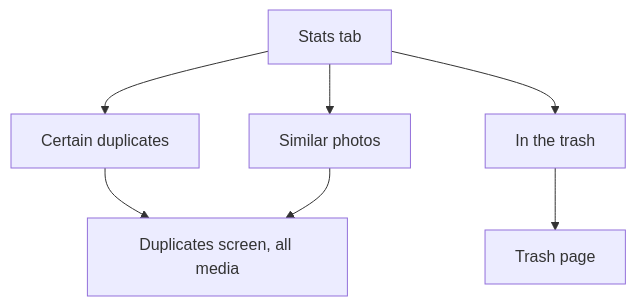
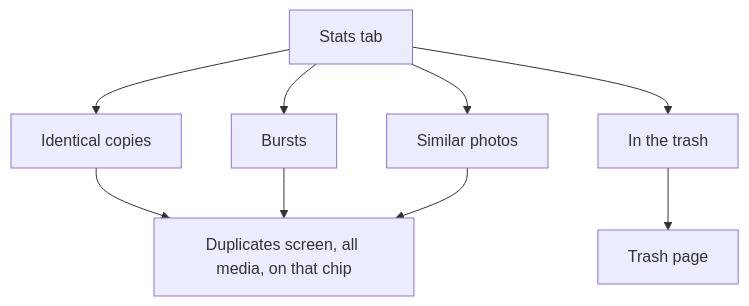
The diagram in docs/features/stats.md (Bichoumac/Clean-Gallery), drawn with Mermaid before and after one commit. The commit also changed other lines of this file and 16 other files, not shown here.

First line of the commit message:
Duplicates screen: chips for identical copies, bursts and similar photos

````diff
--- a/docs/features/stats.md
+++ b/docs/features/stats.md
@@ -21,6 +22,7 @@
 ```mermaid
 flowchart TD
-    S[Stats tab] --> C[Certain duplicates] --> D[Duplicates screen, all media]
+    S[Stats tab] --> C[Identical copies] --> D[Duplicates screen, all media, on that chip]
+    S --> B[Bursts] --> D
     S --> P[Similar photos] --> D
     S --> T[In the trash] --> R[Trash page]
 ```
````
